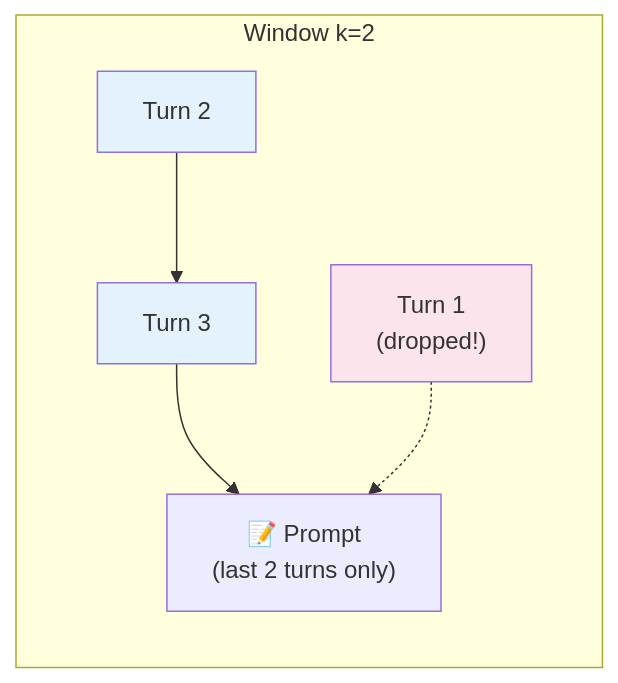
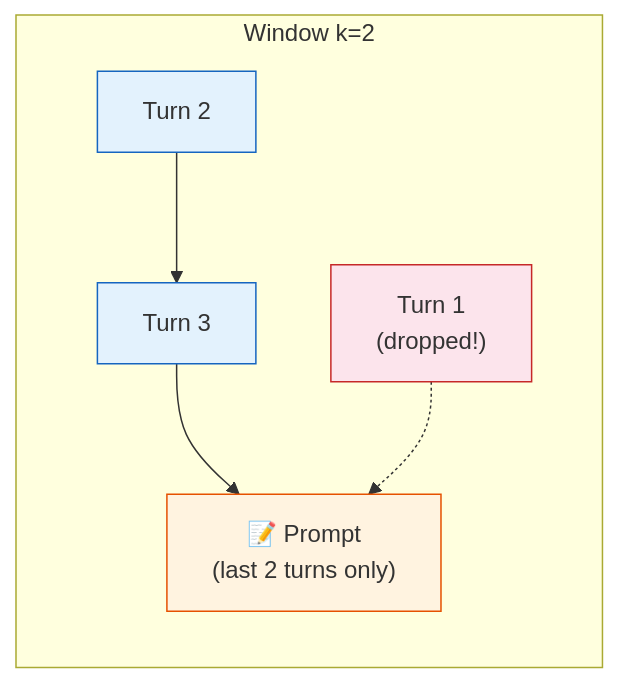
Before and after one commit to remolaan/Agentic-AI-Cookbook: the fourth of 6 diagrams in 06_memory/README.md, drawn with Mermaid. The commit also changed other lines of this file and 3 other files, not shown here.

````diff
--- a/06_memory/README.md
+++ b/06_memory/README.md
@@ -78,10 +141,11 @@
 ```mermaid
 flowchart LR
     subgraph "Window k=2"
         T2["Turn 2"] --> T3["Turn 3"] --> P["📝 Prompt<br/>(last 2 turns only)"]
         T1["Turn 1<br/>(dropped!)"] -.-> P
     end
-    style T1 fill:#fce4ec
-    style T2 fill:#e3f2fd
-    style T3 fill:#e3f2fd
+    style T1 fill:#fce4ec,stroke:#c62828
+    style T2 fill:#e3f2fd,stroke:#1565c0
+    style T3 fill:#e3f2fd,stroke:#1565c0
+    style P fill:#fff3e0,stroke:#e65100
 ```
````
